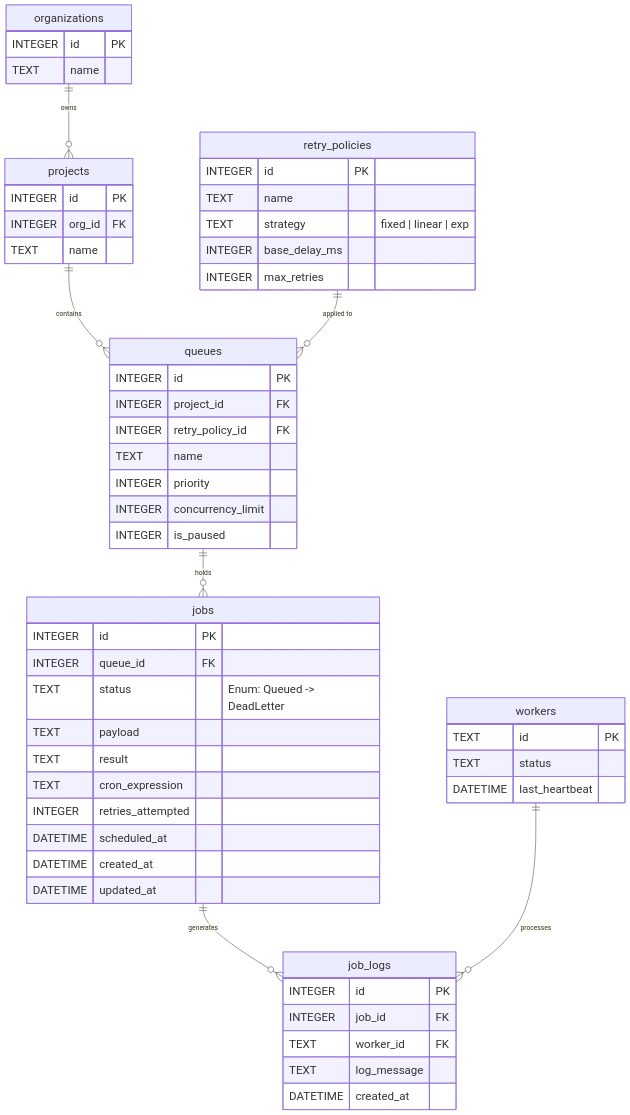
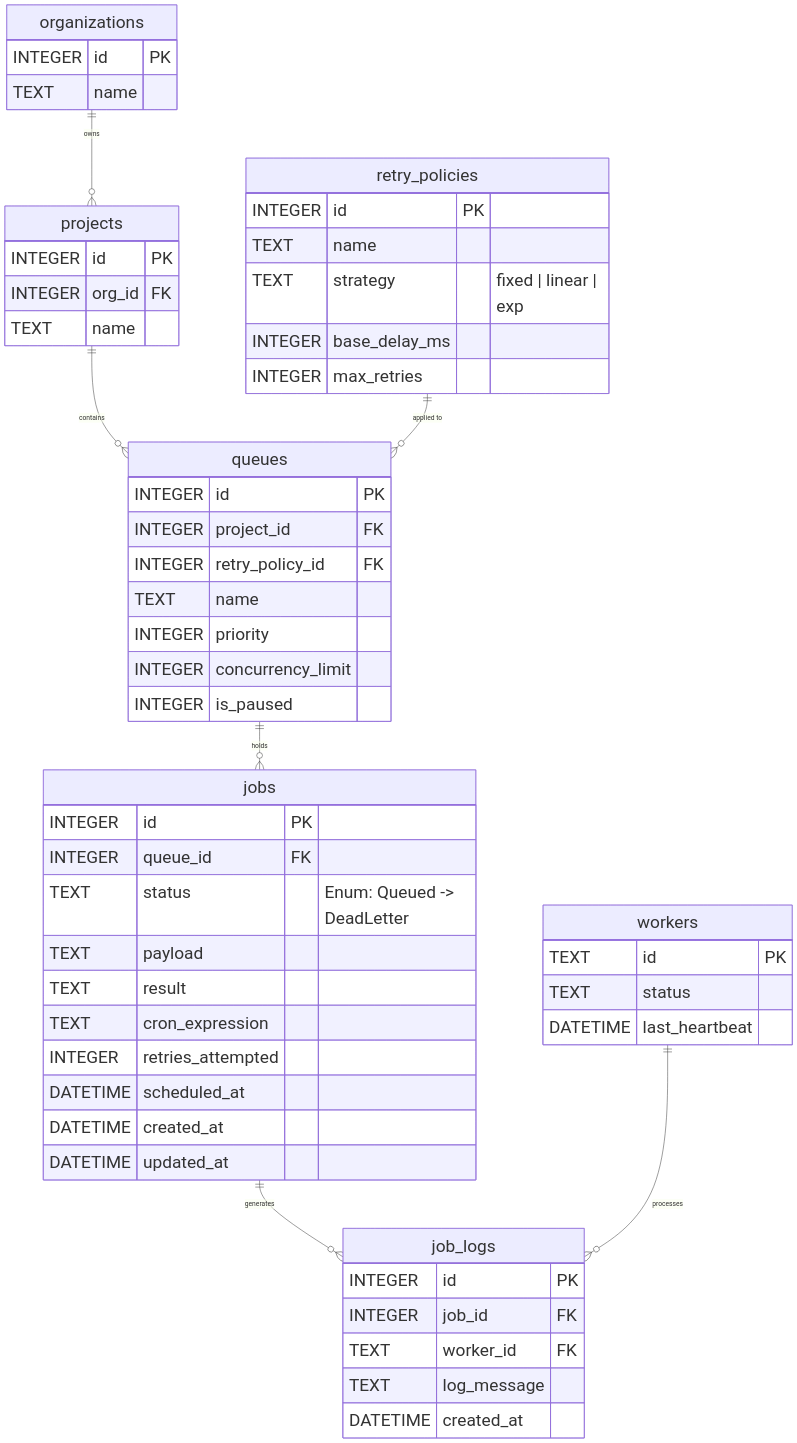
Before and after one commit to bhav1010/Distributed-Job-Scheduler: the diagram in docs/er_diagram.md, drawn with Mermaid.

Commit message:
Increase Mermaid base font size to 36px for arrow readability

````diff
--- a/docs/er_diagram.md
+++ b/docs/er_diagram.md
@@ -5,65 +5,65 @@
 ```mermaid
-%%{init: { "themeVariables": { "fontSize": "24px", "fontFamily": "arial" } } }%%
+%%{init: { "theme": "default", "themeVariables": { "fontSize": "36px" } } }%%
 erDiagram
     organizations ||--o{ projects : "owns"
     organizations {
         INTEGER id PK
         TEXT name
     }
 
     projects ||--o{ queues : "contains"
     projects {
         INTEGER id PK
         INTEGER org_id FK
         TEXT name
     }
 
     retry_policies ||--o{ queues : "applied to"
     retry_policies {
         INTEGER id PK
         TEXT name
         TEXT strategy "fixed | linear | exp"
         INTEGER base_delay_ms
         INTEGER max_retries
     }
 
     queues ||--o{ jobs : "holds"
     queues {
         INTEGER id PK
         INTEGER project_id FK
         INTEGER retry_policy_id FK
         TEXT name
         INTEGER priority
         INTEGER concurrency_limit
         INTEGER is_paused
     }
 
     jobs ||--o{ job_logs : "generates"
     jobs {
         INTEGER id PK
         INTEGER queue_id FK
         TEXT status "Enum: Queued -> DeadLetter"
         TEXT payload
         TEXT result
         TEXT cron_expression
         INTEGER retries_attempted
         DATETIME scheduled_at
         DATETIME created_at
         DATETIME updated_at
     }
 
     workers ||--o{ job_logs : "processes"
     workers {
         TEXT id PK
         TEXT status
         DATETIME last_heartbeat
     }
 
     job_logs {
         INTEGER id PK
         INTEGER job_id FK
         TEXT worker_id FK
         TEXT log_message
         DATETIME created_at
     }
 ```
````
